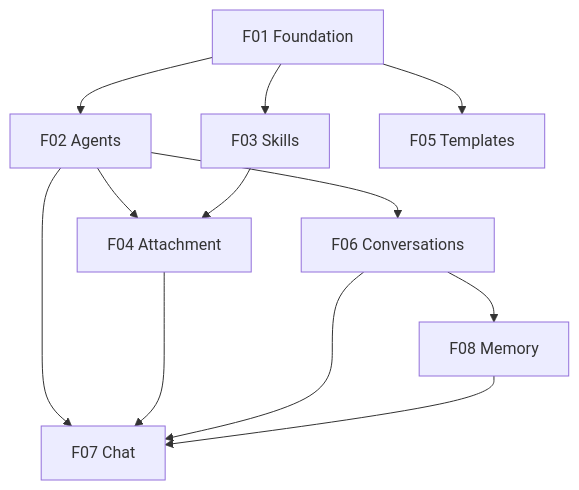
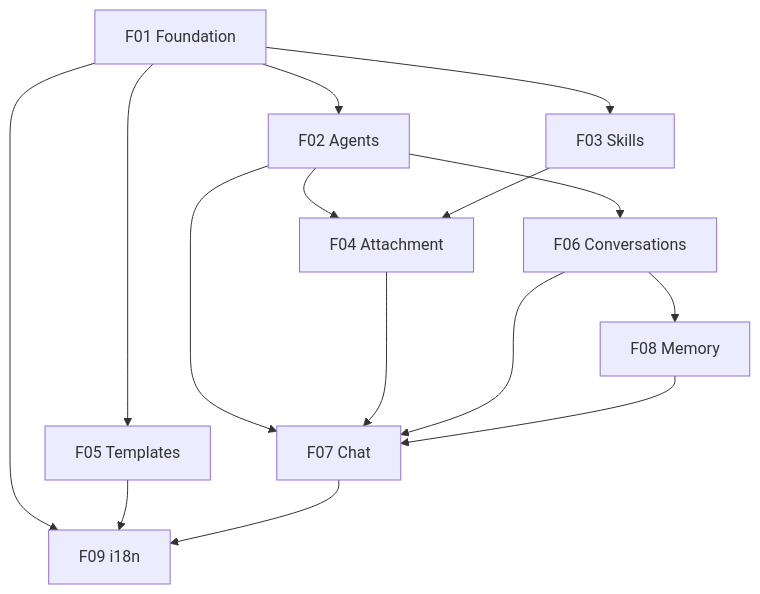
The diagram in docs/PRD.md (jvalsesia/agent-maker), drawn with Mermaid before and after one commit. The commit also changed other lines of this file, not shown here.

````diff
--- a/docs/PRD.md
+++ b/docs/PRD.md
@@ -414,14 +456,17 @@
 ```mermaid
 graph TD
   F01[F01 Foundation] --> F02[F02 Agents]
   F01 --> F03[F03 Skills]
   F01 --> F05[F05 Templates]
   F02 --> F04[F04 Attachment]
   F03 --> F04
   F02 --> F06[F06 Conversations]
   F06 --> F08[F08 Memory]
   F02 --> F07[F07 Chat]
   F04 --> F07
   F06 --> F07
   F08 --> F07
+  F01 --> F09[F09 i18n]
+  F05 --> F09
+  F07 --> F09
 ```
````
